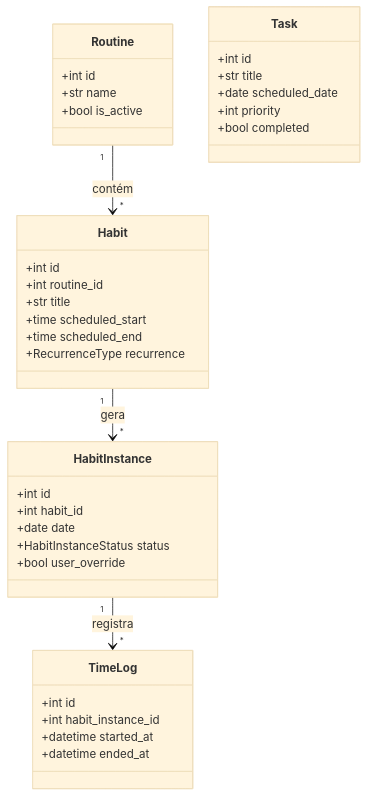
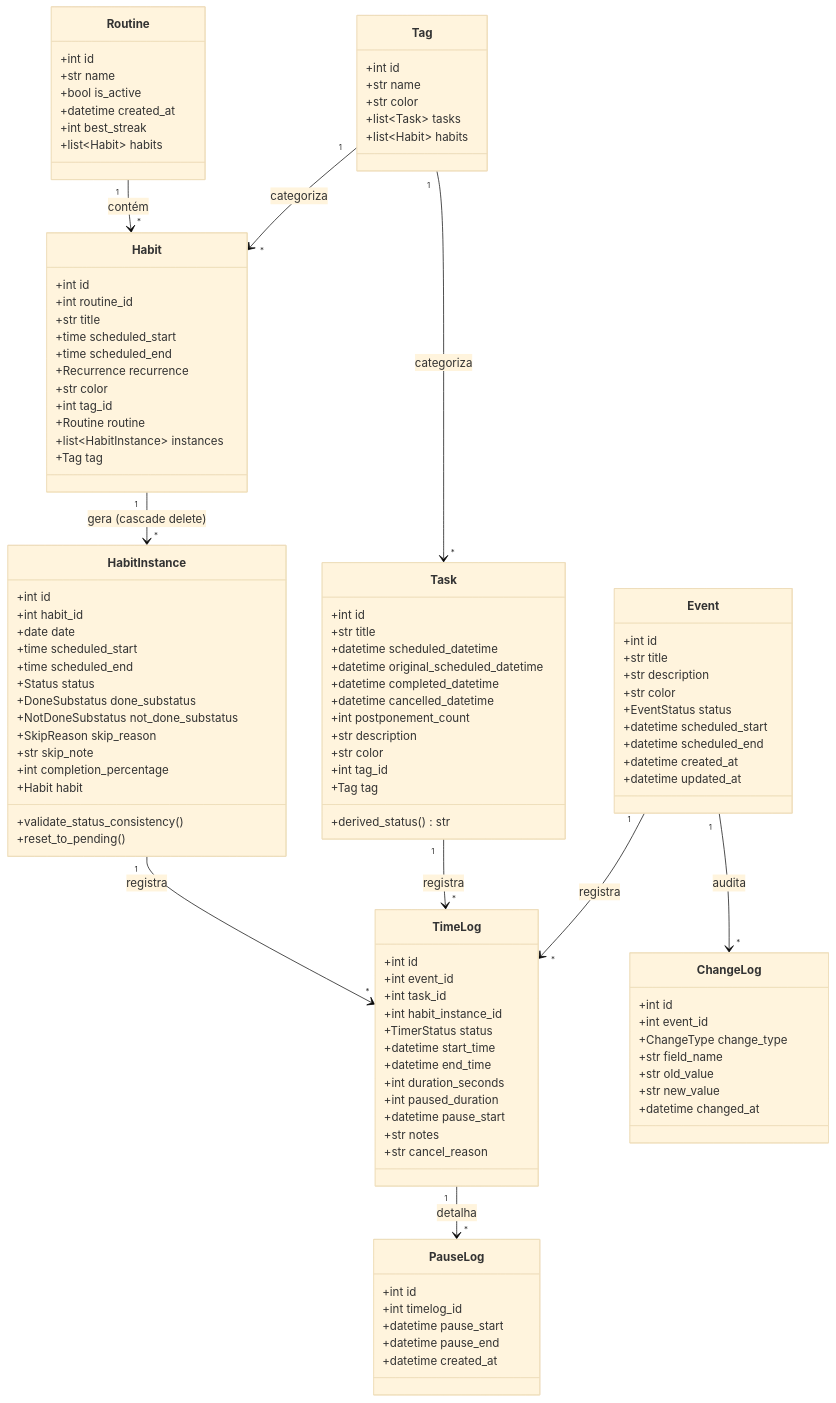
The diagram in docs/diagrams/data/class-diagram.md (fabiodelllima/atomvs-timeblock-terminal), drawn with Mermaid (base theme) before and after one commit. The commit also changed other lines of this file, not shown here.

Commit message:
docs(diagrams): Reescreve class diagram com 9 modelos completos

````diff
--- a/docs/diagrams/data/class-diagram.md
+++ b/docs/diagrams/data/class-diagram.md
@@ -9,6 +9,9 @@
         +int id
         +str name
         +bool is_active
+        +datetime created_at
+        +int best_streak
+        +list~Habit~ habits
     }
 
     class Habit {
@@ -17,33 +20,106 @@
         +str title
         +time scheduled_start
         +time scheduled_end
-        +RecurrenceType recurrence
+        +Recurrence recurrence
+        +str color
+        +int tag_id
+        +Routine routine
+        +list~HabitInstance~ instances
+        +Tag tag
     }
 
     class HabitInstance {
         +int id
         +int habit_id
         +date date
-        +HabitInstanceStatus status
-        +bool user_override
+        +time scheduled_start
+        +time scheduled_end
+        +Status status
+        +DoneSubstatus done_substatus
+        +NotDoneSubstatus not_done_substatus
+        +SkipReason skip_reason
+        +str skip_note
+        +int completion_percentage
+        +Habit habit
+        +validate_status_consistency()
+        +reset_to_pending()
     }
 
     class Task {
         +int id
         +str title
-        +date scheduled_date
-        +int priority
-        +bool completed
+        +datetime scheduled_datetime
+        +datetime original_scheduled_datetime
+        +datetime completed_datetime
+        +datetime cancelled_datetime
+        +int postponement_count
+        +str description
+        +str color
+        +int tag_id
+        +Tag tag
+        +derived_status() str
+    }
+
+    class Event {
+        +int id
+        +str title
+        +str description
+        +str color
+        +EventStatus status
+        +datetime scheduled_start
+        +datetime scheduled_end
+        +datetime created_at
+        +datetime updated_at
+    }
+
+    class Tag {
+        +int id
+        +str name
+        +str color
+        +list~Task~ tasks
+        +list~Habit~ habits
     }
 
     class TimeLog {
         +int id
+        +int event_id
+        +int task_id
         +int habit_instance_id
-        +datetime started_at
-        +datetime ended_at
+        +TimerStatus status
+        +datetime start_time
+        +datetime end_time
+        +int duration_seconds
+        +int paused_duration
+        +datetime pause_start
+        +str notes
+        +str cancel_reason
+    }
+
+    class PauseLog {
+        +int id
+        +int timelog_id
+        +datetime pause_start
+        +datetime pause_end
+        +datetime created_at
+    }
+
+    class ChangeLog {
+        +int id
+        +int event_id
+        +ChangeType change_type
+        +str field_name
+        +str old_value
+        +str new_value
+        +datetime changed_at
     }
 
     Routine "1" --> "*" Habit : contém
-    Habit "1" --> "*" HabitInstance : gera
+    Habit "1" --> "*" HabitInstance : gera (cascade delete)
+    Tag "1" --> "*" Habit : categoriza
+    Tag "1" --> "*" Task : categoriza
     HabitInstance "1" --> "*" TimeLog : registra
+    Event "1" --> "*" TimeLog : registra
+    Task "1" --> "*" TimeLog : registra
+    TimeLog "1" --> "*" PauseLog : detalha
+    Event "1" --> "*" ChangeLog : audita
 ```
````
